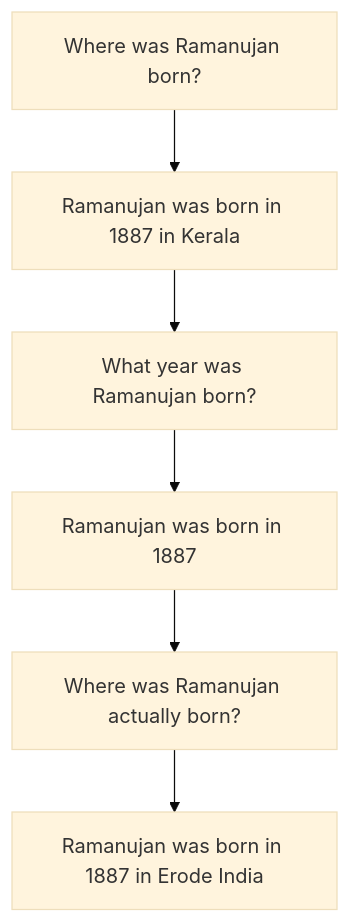
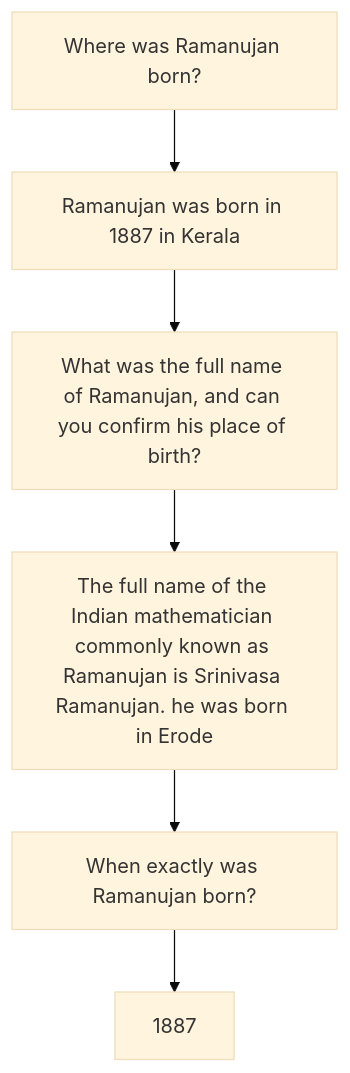
The fourth of 4 diagrams in 01-articles/chain_of_verification/README.md (raphaelmansuy/digital_palace), drawn with Mermaid (base theme) before and after one commit.

Commit message:
Update verification steps and information about Ramanujan

````diff
--- a/01-articles/chain_of_verification/README.md
+++ b/01-articles/chain_of_verification/README.md
@@ -64,8 +64,8 @@
 ```mermaid
 graph TD
 A[Where was Ramanujan born?] --> B[Ramanujan was born in 1887 in Kerala]
-B --> C[What year was Ramanujan born?]
-C --> D[Ramanujan was born in 1887] 
-D --> E[Where was Ramanujan actually born?]
-E --> F[Ramanujan was born in 1887 in Erode India]
+B --> C[What was the full name of Ramanujan, and can you confirm his place of birth?]
+C --> D[The full name of the Indian mathematician commonly known as Ramanujan is Srinivasa Ramanujan. he was born in Erode] 
+D --> E[When exactly was Ramanujan born?]
+E --> F[1887]
 ```
````
